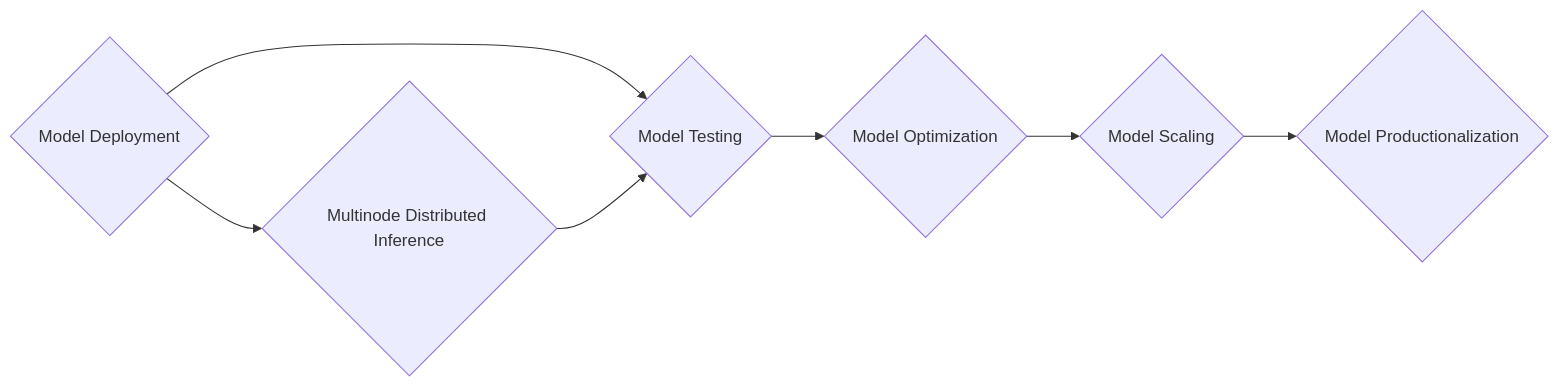
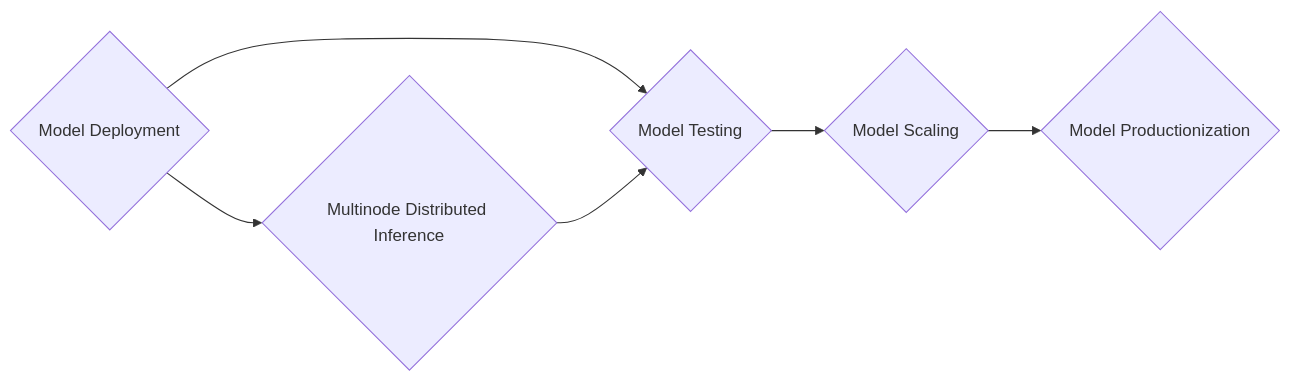
The diagram in website/docs/blueprints/inference/index.md (omrishiv/ai-on-eks), drawn with Mermaid before and after one commit. The commit also changed 1 other file, not shown here.

Commit message:
update guidance

````diff
--- a/website/docs/blueprints/inference/index.md
+++ b/website/docs/blueprints/inference/index.md
@@ -16,25 +16,22 @@
 ```mermaid
 flowchart LR
     %% deploy model
     modelDeployment{Model Deployment}
     %% model testing
     modelTesting{Model Testing}
-    %% model config optimization
-    step3{Model Optimization}
     %% model Scaling
     modelScaling{Model Scaling}
     %% production optimization
-    step6{Model Productionalization}
+    modelProductionization{Model Productionization}
     multinodeDistributedInference{Multinode Distributed Inference}
 
-  modelDeployment-->modelTesting-->step3-->modelScaling-->step6
+  modelDeployment-->modelTesting-->modelScaling-->modelProductionization
   modelDeployment-->multinodeDistributedInference
   multinodeDistributedInference-->modelTesting
 
     click modelDeployment "https://awslabs.github.io/ai-on-eks/docs/category/inference-on-eks/ai/llm/model-identification.md"
     click modelTesting "https://awslabs.github.io/ai-on-eks/docs/category/inference-on-eks/ai/llm/model-testing.md"
-    click step3 "https://awslabs.github.io/ai-on-eks/docs/category/inference-on-eks/ai/llm/step3.md"
     click modelScaling "https://awslabs.github.io/ai-on-eks/docs/category/inference-on-eks/ai/llm/model-scaling.md"
-    click step6 "https://awslabs.github.io/ai-on-eks/docs/category/inference-on-eks/ai/llm/step6.md"
+    click modelProductionization "https://awslabs.github.io/ai-on-eks/docs/category/inference-on-eks/ai/llm/step6.md"
     click multinodeDistributedInference "https://awslabs.github.io/ai-on-eks/docs/category/inference-on-eks/ai/llm/multinode-distributed-inference.md"
 ```
````
